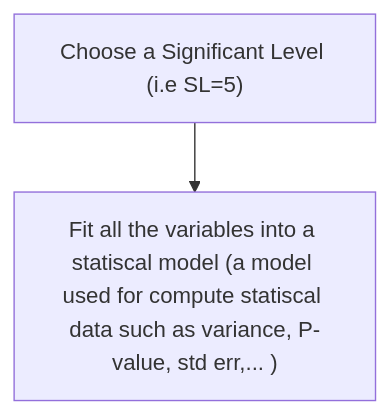
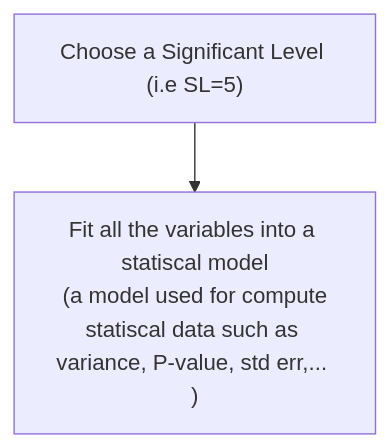
Before and after one commit to danny-dang/datascience-cheatsheet: the diagram in Data Science Cheatsheet/Machine Learning.md, drawn with Mermaid. The commit also changed other lines of this file, not shown here.

Commit message:
Data Science Cheatsheet/Machine Learning.md updated from https://stackedit.io/

````diff
--- a/Data Science Cheatsheet/Machine Learning.md
+++ b/Data Science Cheatsheet/Machine Learning.md
@@ -233,5 +233,5 @@
 	```mermaid
 	graph TD
 	A["Choose a Significant Level (i.e SL=5)"]
-	A --> B["Fit all the variables into a statiscal model (a model used for compute statiscal data such as variance, P-value, std err,... )"]
+	A --> B["Fit all the variables into a statiscal model</br> (a model used for compute </br>statiscal data such as variance, P-value, std err,... )"]
 	```
````
